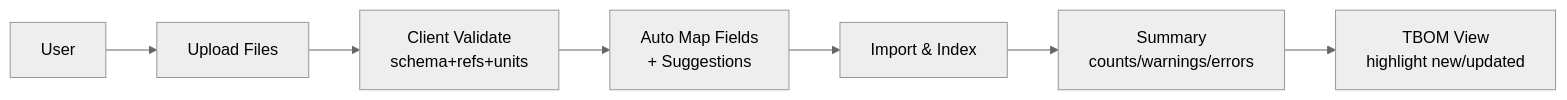
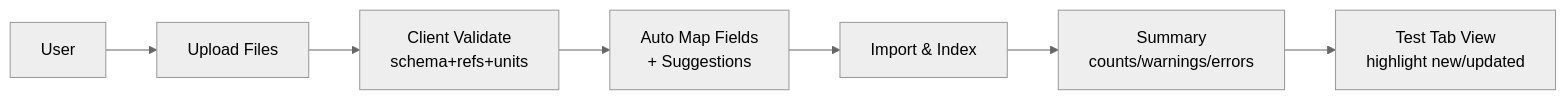
One commit to DuanDuanPan/CDM-DC changed the sixth of 6 diagrams in docs/front-end-spec.md. Above: the diagram before and after it, drawn with Mermaid (neutral theme). The commit also changed other lines of this file and 24 other files, not shown here.

````diff
--- a/docs/front-end-spec.md
+++ b/docs/front-end-spec.md
@@ -445,9 +451,9 @@
 ```mermaid
 flowchart LR
   U[User] --> UP[Upload Files]
   UP --> CV[Client Validate\nschema+refs+units]
   CV --> MAP[Auto Map Fields\n+ Suggestions]
   MAP --> IMP[Import & Index]
   IMP --> SUM[Summary\ncounts/warnings/errors]
-  SUM --> TB[TBOM View\nhighlight new/updated]
+  SUM --> TB[Test Tab View\nhighlight new/updated]
 ```
````
